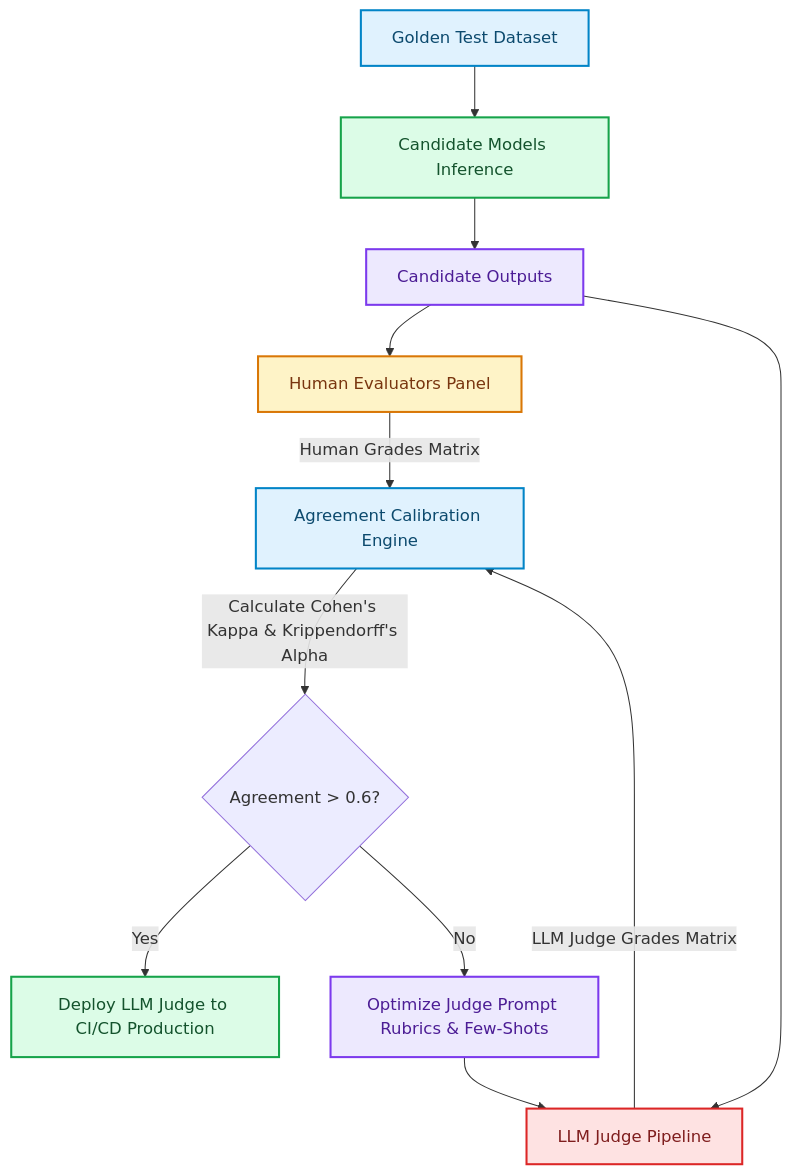
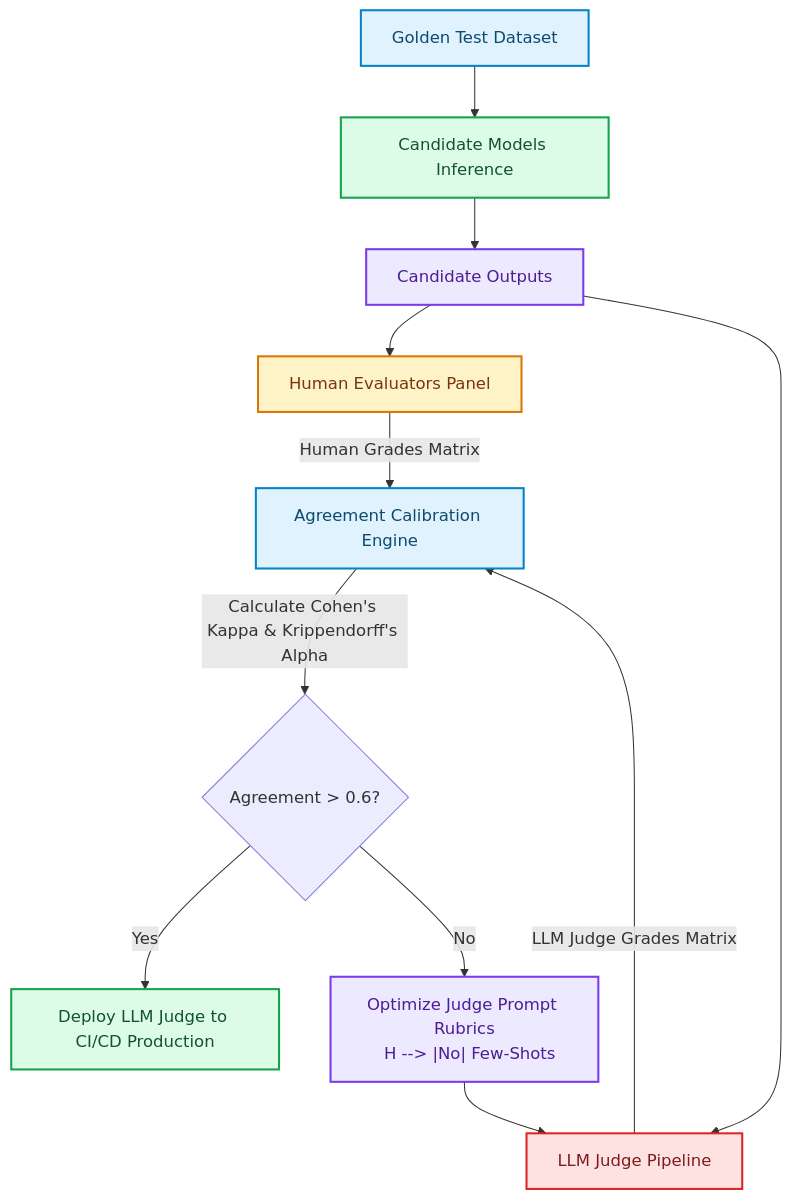
The diagram in blog/posts/llm-as-a-judge-evaluation-pipelines-calibration-agreement-metrics.md (akmalkhaniub/akmalkhaniub.github.io), drawn with Mermaid before and after one commit. The commit also changed other lines of this file and 894 other files, not shown here.

Commit message:
feat(blog): upgrade all 444 posts with unique staggered dates, 2-col Mermaid spines, benchmark tables, code blocks, and trade-offs

````diff
--- a/blog/posts/llm-as-a-judge-evaluation-pipelines-calibration-agreement-metrics.md
+++ b/blog/posts/llm-as-a-judge-evaluation-pipelines-calibration-agreement-metrics.md
@@ -19,27 +19,28 @@
 ```mermaid
 flowchart TD
   A["Golden Test Dataset"] --> B["Candidate Models Inference"]
   B --> C["Candidate Outputs"]
   
   C --> D["Human Evaluators Panel"]
   C --> E["LLM Judge Pipeline"]
   
   D -->|Human Grades Matrix| F["Agreement Calibration Engine"]
   E -->|LLM Judge Grades Matrix| F
   
   F -->|Calculate Cohen's Kappa & Krippendorff's Alpha| G{Agreement > 0.6?}
   G -->|Yes| H["Deploy LLM Judge to CI/CD Production"]
-  G -->|No| I["Optimize Judge Prompt Rubrics & Few-Shots"]
+  G --> |No| I["Optimize Judge Prompt Rubrics
+  H --> |No| Few-Shots"]
   I --> E
 
 classDef green fill:#dcfce7,stroke:#16a34a,stroke-width:2px,color:#14532d;
 classDef red fill:#fee2e2,stroke:#dc2626,stroke-width:2px,color:#7f1d1d;
 classDef blue fill:#e0f2fe,stroke:#0284c7,stroke-width:2px,color:#0c4a6e;
 classDef yellow fill:#fef3c7,stroke:#d97706,stroke-width:2px,color:#78350f;
 classDef purple fill:#ede9fe,stroke:#7c3aed,stroke-width:2px,color:#4c1d95;
 class A,F blue
 class B,H green
 class C,I purple
 class D yellow
 class E red
 ```
````
